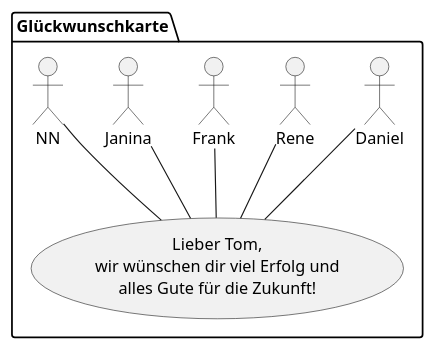
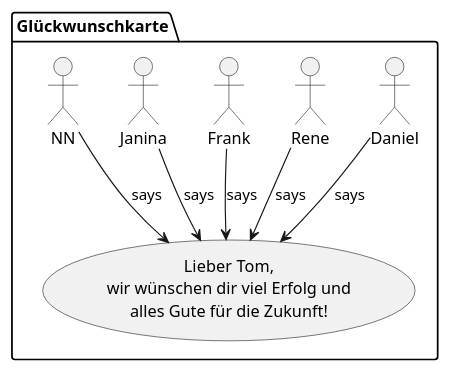
The diagram in greetings.puml (dkliem/alles-gute-tom), drawn with PlantUML before and after one commit.

```diff
--- a/greetings.puml
+++ b/greetings.puml
@@ -1,15 +1,15 @@
 @startuml
 folder "Glückwunschkarte" {
     usecase goodbye [
         Lieber Tom,
         wir wünschen dir viel Erfolg und
         alles Gute für die Zukunft!
     ]
 
-    :Daniel: -- goodbye
-    :Rene: -- goodbye
-    :Frank: -- goodbye
-    :Janina: -- goodbye
-    :NN: -- goodbye
+    :Daniel: --> goodbye: says
+    :Rene: --> goodbye: says
+    :Frank: --> goodbye: says
+    :Janina: --> goodbye: says
+    :NN: --> goodbye: says
 }
 @enduml
```
